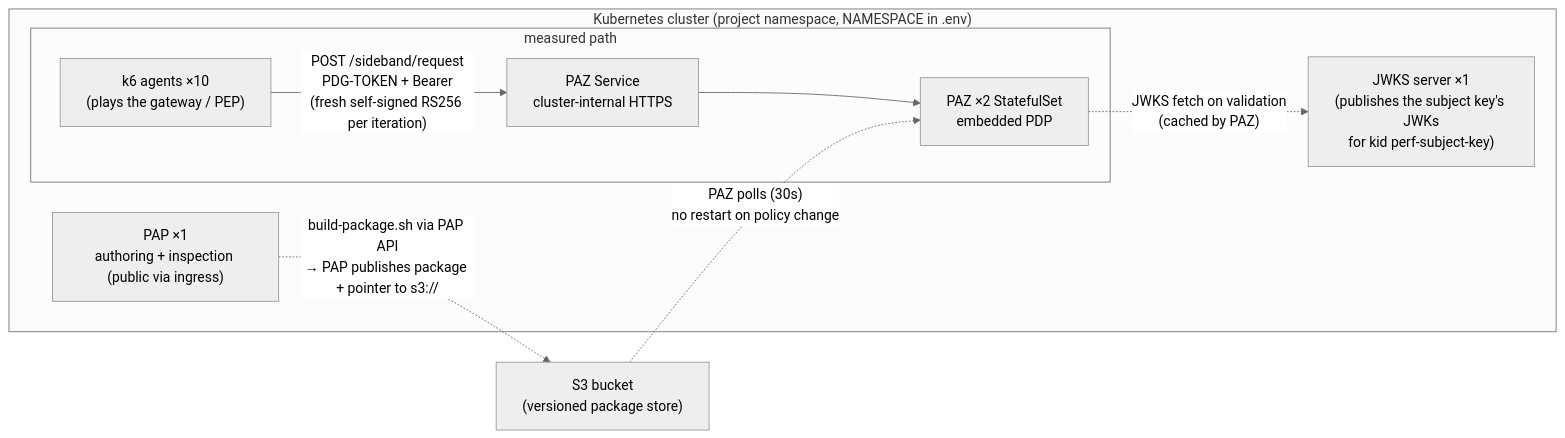
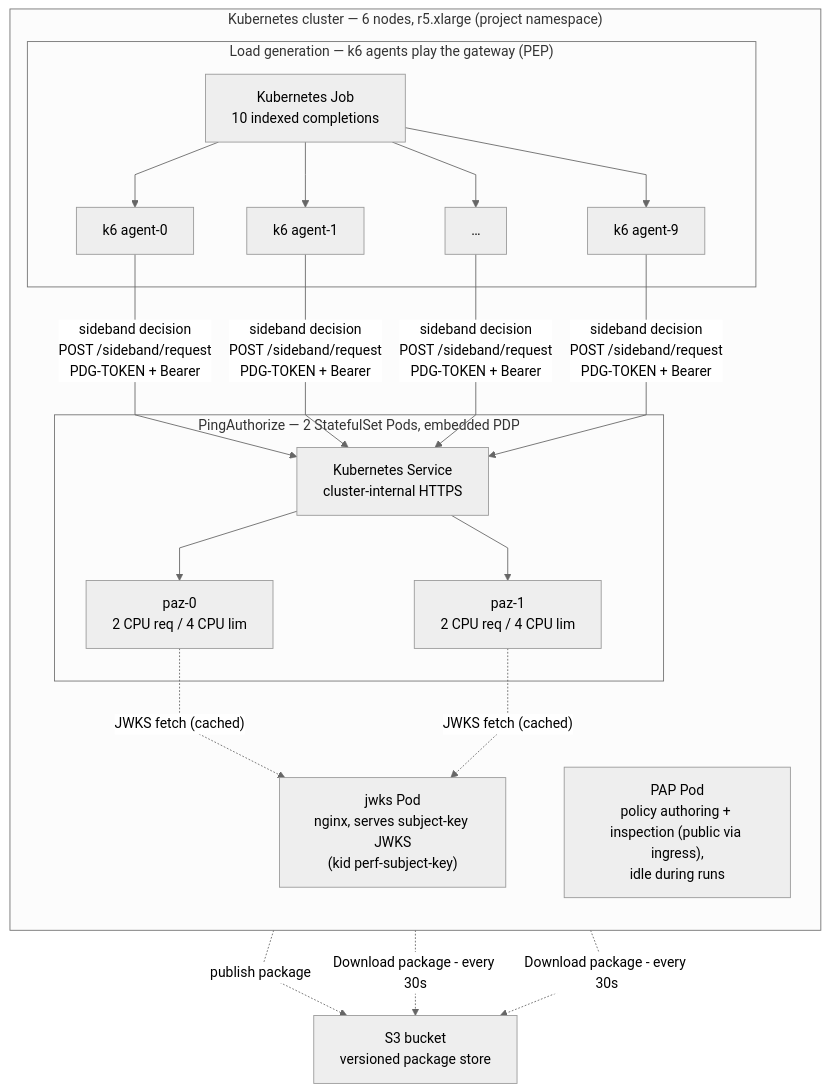
The diagram in README.md (carbonefederico/pingauthorize-sideband-perf), drawn with Mermaid (neutral theme) before and after one commit.

Commit message:
docs: adopt the blog's logical architecture diagram

````diff
--- a/README.md
+++ b/README.md
@@ -22,19 +22,34 @@
 ```mermaid
-flowchart LR
-    subgraph k8s["Kubernetes cluster (project namespace, NAMESPACE in .env)"]
-        subgraph "measured path"
-        k6["k6 agents ×10<br/>(plays the gateway / PEP)"]
-        svc["PAZ Service<br/>cluster-internal HTTPS"]
-        paz["PAZ ×2 StatefulSet<br/>embedded PDP"]
+%%{init: {'flowchart': {'curve': 'linear'}}}%%
+flowchart TB
+    subgraph CL["Kubernetes cluster — 6 nodes, r5.xlarge (project namespace)"]
+        direction TB
+
+        subgraph LB["Load generation — k6 agents play the gateway (PEP)"]
+            K1["k6 agent-0"]
+            K2["k6 agent-1"]
+            KM["…"]
+            K9["k6 agent-9"]
+            JB["Kubernetes Job<br/>10 indexed completions"]
         end
-        jwks["JWKS server ×1<br/>(publishes the subject key's JWKs<br/>for kid perf-subject-key)"]
-        pap["PAP ×1<br/>authoring + inspection (public via ingress)"]
+
+        subgraph PAZ["PingAuthorize — 2 StatefulSet Pods, embedded PDP"]
+            P1["paz-0<br/>2 CPU req / 4 CPU lim"]
+            P2["paz-1<br/>2 CPU req / 4 CPU lim"]
+            SVC["Kubernetes Service<br/>cluster-internal HTTPS"]
+        end
+
+        JWKS["jwks Pod<br/>nginx, serves subject-key JWKS<br/>(kid perf-subject-key)"]
+        PAP["PAP Pod<br/>policy authoring + inspection (public via ingress),<br/>idle during runs"]
     end
-    s3["S3 bucket<br/>(versioned package store)"]
 
-    k6 -- "POST /sideband/request<br/>PDG-TOKEN + Bearer<br/>(fresh self-signed RS256 per iteration)" --> svc
-    svc --> paz
-    paz -. "JWKS fetch on validation<br/>(cached by PAZ)" .-> jwks
-    pap -. "build-package.sh via PAP API<br/>→ PAP publishes package + pointer to s3://" .-> s3
-    s3 -. "PAZ polls (30s)<br/>no restart on policy change" .-> paz
+    S3["S3 bucket<br/>versioned package store"]
+
+    JB --> K1 & K2 & KM & K9
+    K1 & K2 & KM & K9 -->|"sideband decision<br/>POST /sideband/request<br/>PDG-TOKEN + Bearer"| SVC
+    SVC --> P1 & P2
+    P1 -.->|"JWKS fetch (cached)"| JWKS
+    P2 -.->|"JWKS fetch (cached)"| JWKS
+    PAP -.->|"publish package"| S3
+    P1 & P2 -.->|"Download package - every 30s"| S3
 ```
````
